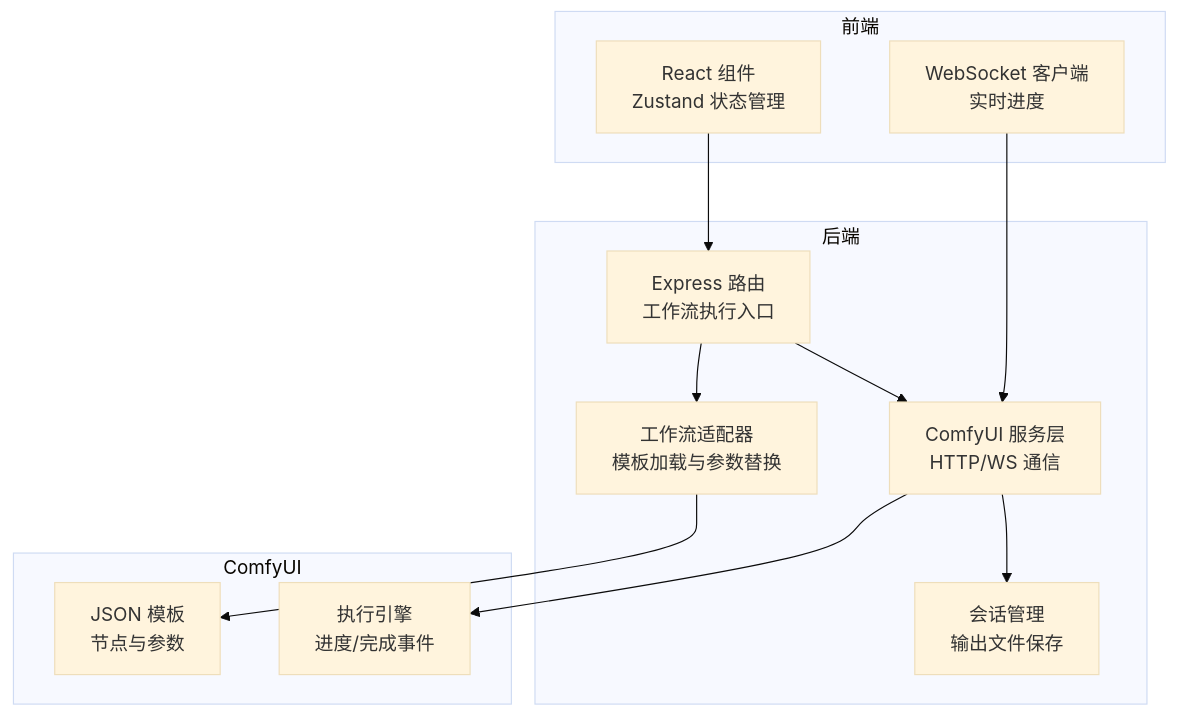
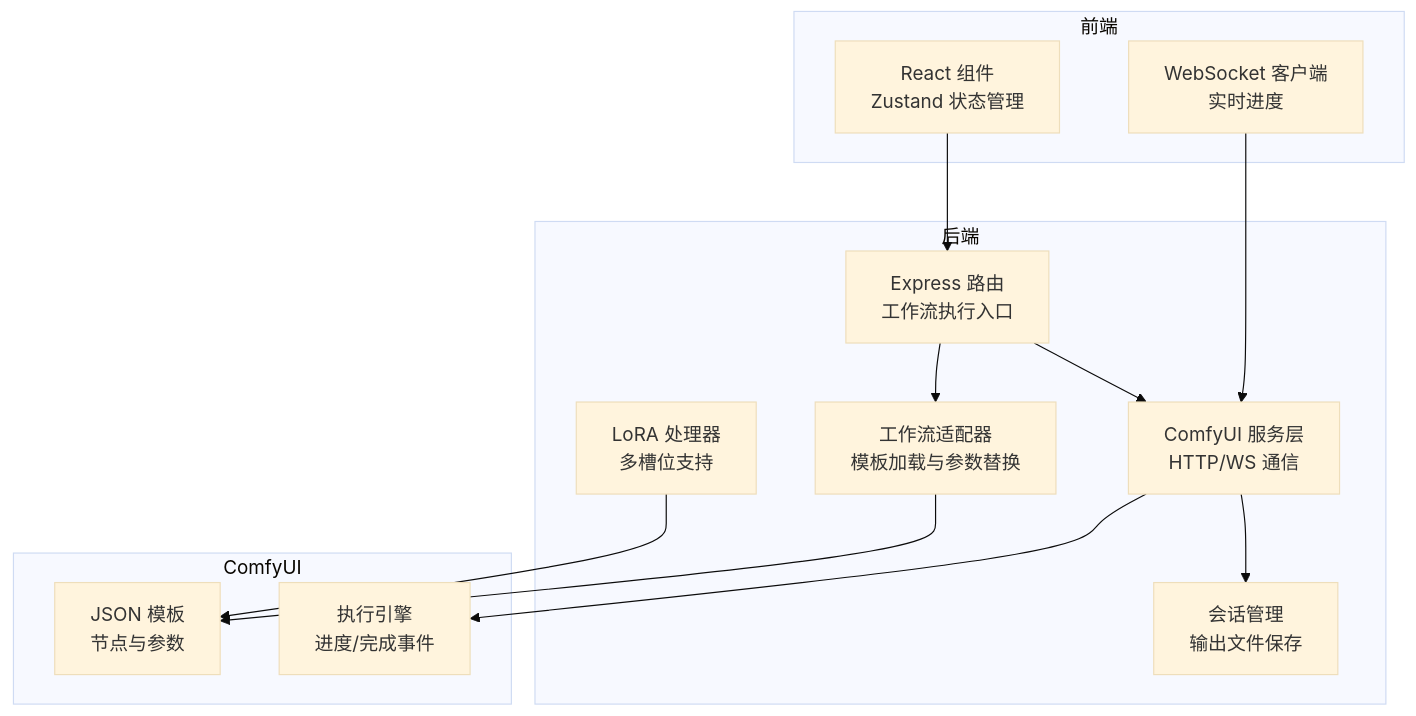
The first of 10 diagrams in .qoder/repowiki/zh/content/工作流系统/工作流系统.md (billye220670/CorineKit_Pix2Real), drawn with Mermaid (base theme) before and after one commit. The commit also changed other lines of this file and 43 other files, not shown here.

````diff
--- a/.qoder/repowiki/zh/content/工作流系统/工作流系统.md
+++ b/.qoder/repowiki/zh/content/工作流系统/工作流系统.md
@@ -61,24 +66,26 @@
 ```mermaid
 graph TB
 subgraph "前端"
 UI["React 组件<br/>Zustand 状态管理"]
 WS["WebSocket 客户端<br/>实时进度"]
 end
 subgraph "后端"
 Router["Express 路由<br/>工作流执行入口"]
 Adapter["工作流适配器<br/>模板加载与参数替换"]
 Service["ComfyUI 服务层<br/>HTTP/WS 通信"]
 Session["会话管理<br/>输出文件保存"]
+LoRAHandler["LoRA 处理器<br/>多槽位支持"]
 end
 subgraph "ComfyUI"
 Template["JSON 模板<br/>节点与参数"]
 Engine["执行引擎<br/>进度/完成事件"]
 end
 UI --> Router
 WS --> Service
 Router --> Adapter
 Adapter --> Template
+LoRAHandler --> Template
 Router --> Service
 Service --> Engine
 Service --> Session
 ```
````
